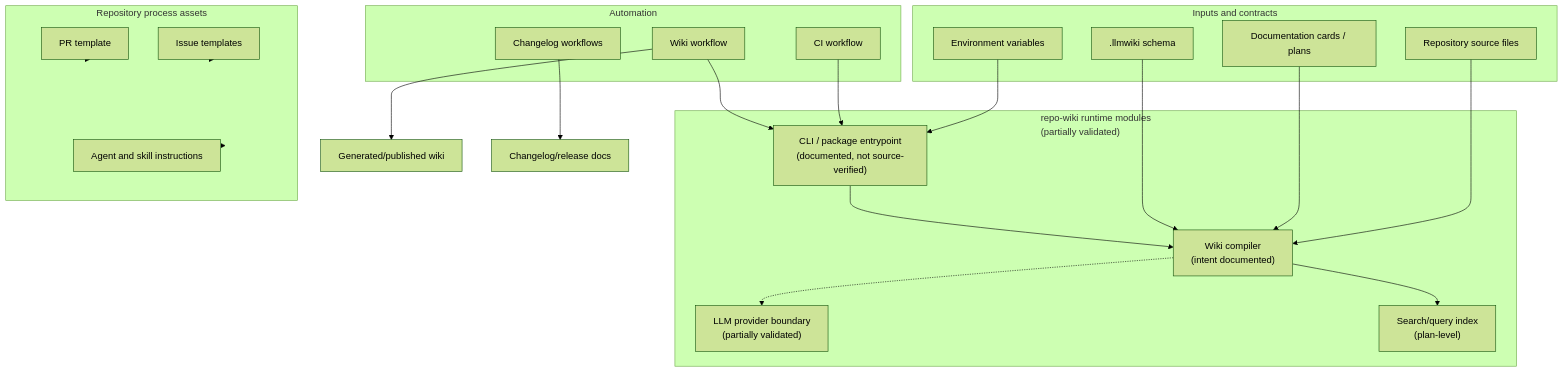
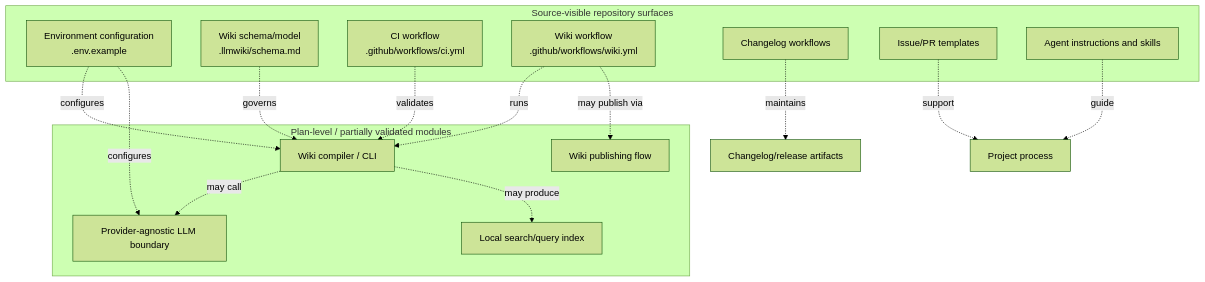
Before and after one commit to mfittko/repo-wiki: the second of 3 diagrams in Architecture.md, drawn with Mermaid (forest theme). The commit also changed other lines of this file and 43 other files, not shown here.

Commit message:
Compile repository wiki 2026-05-14T08:25:44.919Z

````diff
--- a/Architecture.md
+++ b/Architecture.md
@@ -176,43 +173,31 @@
 ```mermaid
 flowchart TB
-    subgraph Inputs["Inputs and contracts"]
-        Src["Repository source files"]
-        Docs["Documentation cards / plans"]
-        Schema[".llmwiki schema"]
-        Env["Environment variables"]
-    end
+  subgraph SourceVisible["Source-visible repository surfaces"]
+    Env["Environment configuration<br/>.env.example"]
+    Schema["Wiki schema/model<br/>.llmwiki/schema.md"]
+    CI["CI workflow<br/>.github/workflows/ci.yml"]
+    WikiWF["Wiki workflow<br/>.github/workflows/wiki.yml"]
+    ChangelogWF["Changelog workflows"]
+    Templates["Issue/PR templates"]
+    Agents["Agent instructions and skills"]
+  end
 
-    subgraph Runtime["repo-wiki runtime modules<br/>(partially validated)"]
-        CLI["CLI / package entrypoint<br/>(documented, not source-verified)"]
-        Compiler["Wiki compiler<br/>(intent documented)"]
-        LLMBoundary["LLM provider boundary<br/>(partially validated)"]
-        Search["Search/query index<br/>(plan-level)"]
-    end
+  subgraph PlanLevel["Plan-level / partially validated modules"]
+    Compiler["Wiki compiler / CLI"]
+    LLMBoundary["Provider-agnostic LLM boundary"]
+    Search["Local search/query index"]
+    Publish["Wiki publishing flow"]
+  end
 
-    subgraph Automation["Automation"]
-        CI["CI workflow"]
-        WikiWF["Wiki workflow"]
-        ChangelogWF["Changelog workflows"]
-    end
-
-    subgraph Process["Repository process assets"]
-        Issues["Issue templates"]
-        PR["PR template"]
-        Agents["Agent and skill instructions"]
-    end
-
-    Src --> Compiler
-    Docs --> Compiler
-    Schema --> Compiler
-    Env --> CLI
-    CLI --> Compiler
-    Compiler -.-> LLMBoundary
-    Compiler --> Search
-    CI --> CLI
-    WikiWF --> CLI
-    WikiWF --> PublishedWiki["Generated/published wiki"]
-    ChangelogWF --> ChangeDocs["Changelog/release docs"]
-    Issues --> Process
-    PR --> Process
-    Agents --> Process
+  Env -.configures.-> Compiler
+  Env -.configures.-> LLMBoundary
+  Schema -.governs.-> Compiler
+  WikiWF -.runs.-> Compiler
+  WikiWF -.may publish via.-> Publish
+  CI -.validates.-> Compiler
+  Compiler -.may call.-> LLMBoundary
+  Compiler -.may produce.-> Search
+  ChangelogWF -.maintains.-> Changelog["Changelog/release artifacts"]
+  Templates -.support.-> Process["Project process"]
+  Agents -.guide.-> Process
 ```
````
